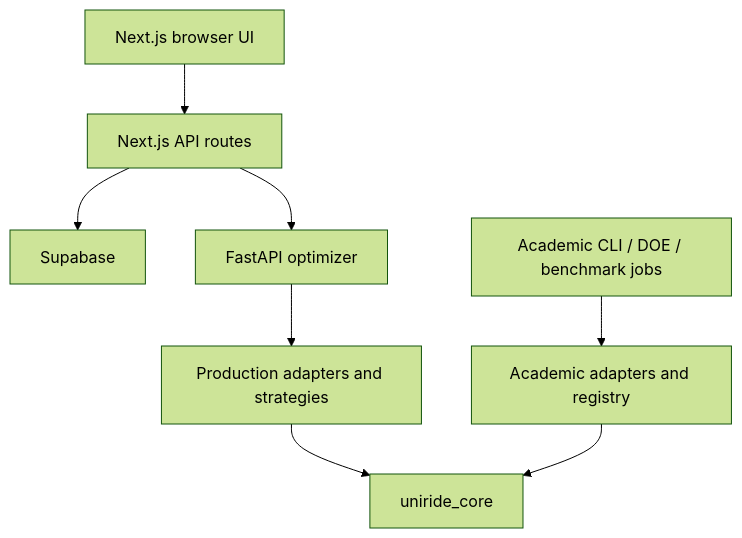
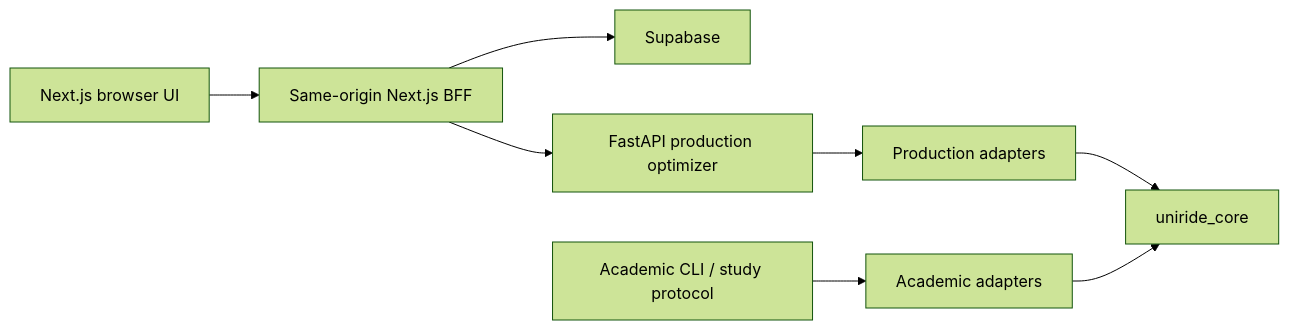
Before and after one commit to YektaK/UniRide: the diagram in CURRENT_ARCHITECTURE.md, drawn with Mermaid (forest theme). The commit also changed other lines of this file and 5 other files, not shown here.

````diff
--- a/CURRENT_ARCHITECTURE.md
+++ b/CURRENT_ARCHITECTURE.md
@@ -16,10 +11,10 @@
 ```mermaid
-flowchart TD
-    UI["Next.js browser UI"] --> BFF["Next.js API routes"]
-    BFF --> DB["Supabase"]
-    BFF --> FAST["FastAPI optimizer"]
-    FAST --> PA["Production adapters and strategies"]
-    CLI["Academic CLI / DOE / benchmark jobs"] --> AA["Academic adapters and registry"]
-    PA --> CORE["uniride_core"]
-    AA --> CORE
+flowchart LR
+  UI[Next.js browser UI] --> BFF[Same-origin Next.js BFF]
+  BFF --> DB[Supabase]
+  BFF --> API[FastAPI production optimizer]
+  API --> PA[Production adapters]
+  CLI[Academic CLI / study protocol] --> AA[Academic adapters]
+  PA --> CORE[uniride_core]
+  AA --> CORE
 ```
````
